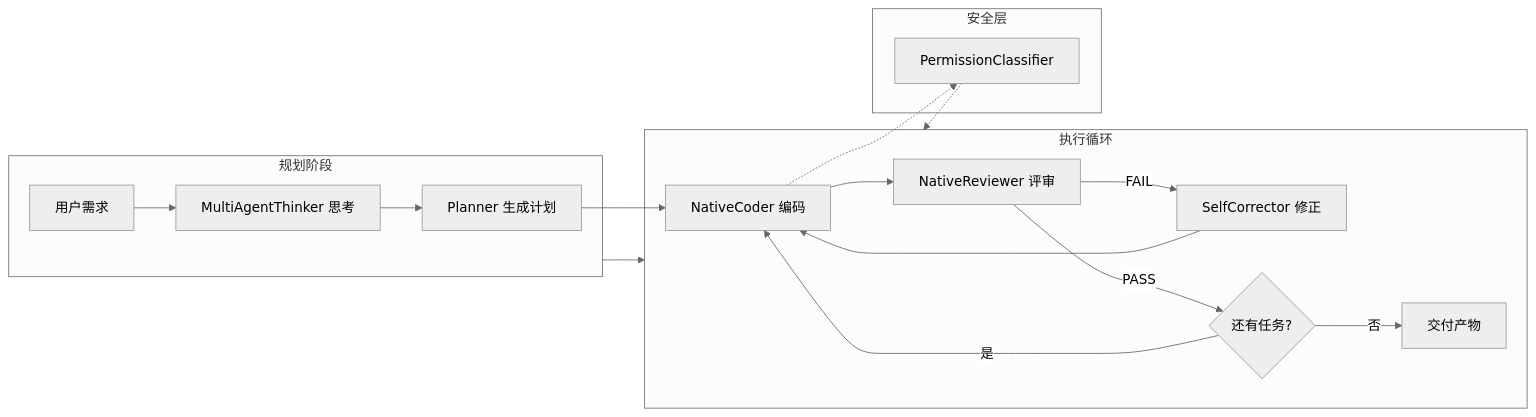
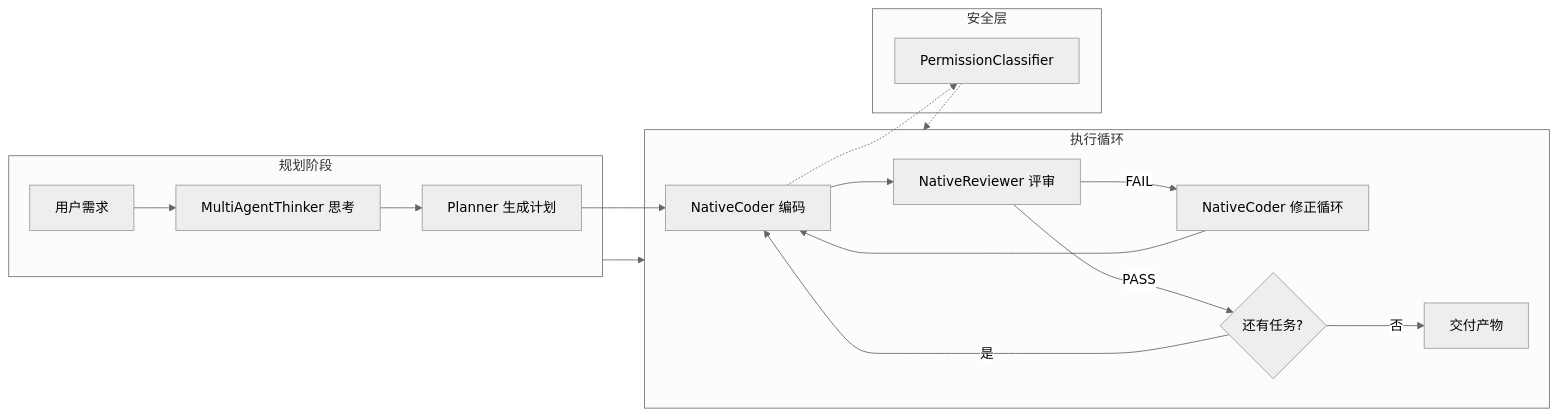
Before and after one commit to FerbalYu/appmaker: the diagram in README.md, drawn with Mermaid (neutral theme). The commit also changed other lines of this file and 1 other file, not shown here.

````diff
--- a/README.md
+++ b/README.md
@@ -110,25 +119,25 @@
 ```mermaid
 flowchart LR
     subgraph Planning["规划阶段"]
         A["用户需求"] --> B["MultiAgentThinker 思考"]
         B --> C["Planner 生成计划"]
     end
 
     subgraph Execution["执行循环"]
         C --> D["NativeCoder 编码"]
         D --> E["NativeReviewer 评审"]
-        E -->|FAIL| F["SelfCorrector 修正"]
+        E -->|FAIL| F["NativeCoder 修正循环"]
         F --> D
         E -->|PASS| G{还有任务?}
         G -->|是| D
         G -->|否| H["交付产物"]
     end
 
     subgraph Security["安全层"]
         I["PermissionClassifier"]
         D -.-> I
     end
 
     Planning --> Execution
     I -.-> Execution
 ```
````
